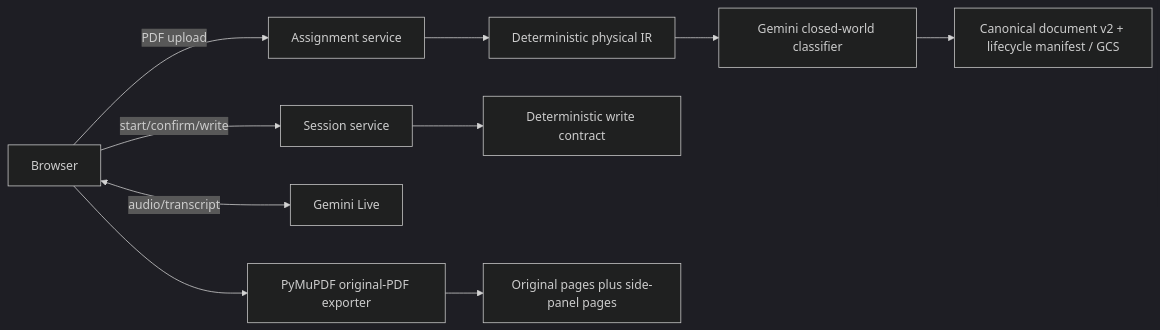
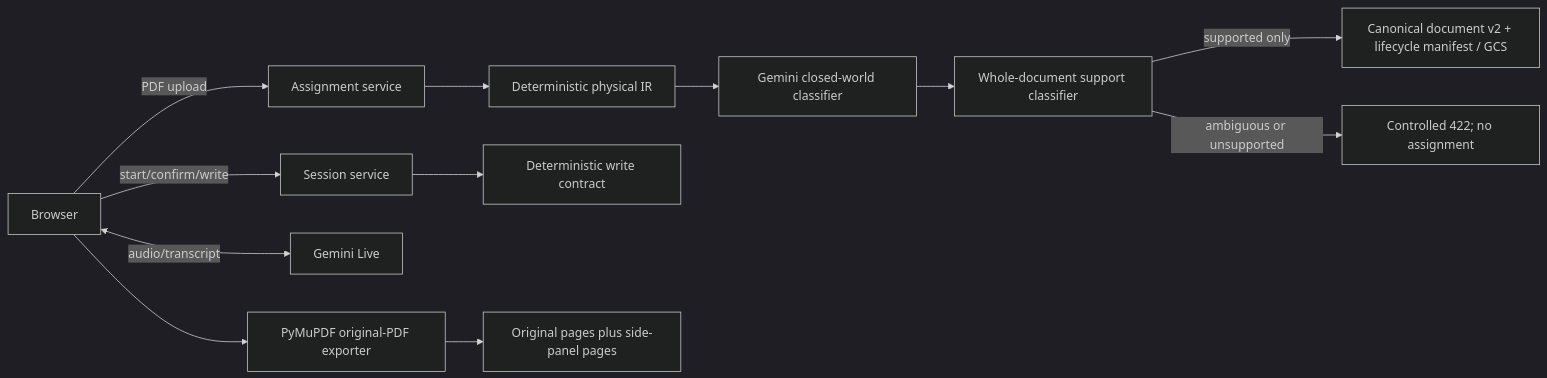
One commit to ChimdumebiNebolisa/Claros changed the first of 2 diagrams in docs/ARCHITECTURE.md. Above: the diagram before and after it, drawn with Mermaid (dark theme). The commit also changed other lines of this file and 63 other files, not shown here.

````diff
--- a/docs/ARCHITECTURE.md
+++ b/docs/ARCHITECTURE.md
@@ -24,12 +26,14 @@
 ```mermaid
 flowchart LR
   U[Browser] -->|PDF upload| A[Assignment service]
   A --> P[Deterministic physical IR]
   P --> C[Gemini closed-world classifier]
-  C --> M[Canonical document v2 + lifecycle manifest / GCS]
+  C --> V[Whole-document support classifier]
+  V -->|supported only| M[Canonical document v2 + lifecycle manifest / GCS]
+  V -->|ambiguous or unsupported| REJ[Controlled 422; no assignment]
   U -->|start/confirm/write| S[Session service]
   U <-->|audio/transcript| G[Gemini Live]
   S --> W[Deterministic write contract]
   U --> E[PyMuPDF original-PDF exporter]
   E --> X[Original pages plus side-panel pages]
 ```
````
